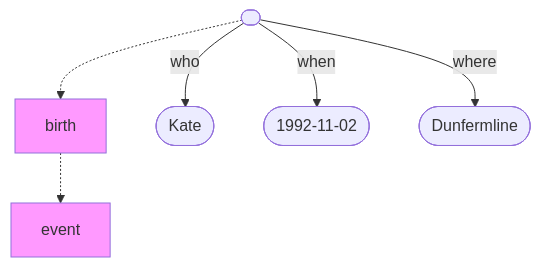
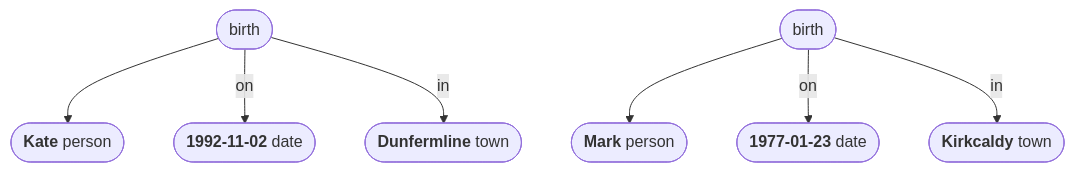
One commit to conmaol/maglocunus changed the second of 9 diagrams in d/data.md. Above: the diagram before and after it, drawn with Mermaid. The commit also changed other lines of this file, not shown here.

First line of the commit message:
Refactor mermaid diagrams and enhance descriptions

````diff
--- a/d/data.md
+++ b/d/data.md
@@ -26,15 +28,17 @@
 ```mermaid
 flowchart TD
-    e[event]:::type
-    f[birth]:::type
-    f -.-> e
-    a -.-> f
-    a([ ])
-    b([Kate])
-    c([1992-11-02])
-    d([Dunfermline])
-    a -- who --> b
-    a -- when --> c
-    a -- where --> d
-    classDef type fill:#f9f;
+    a([birth])
+    b(["`**Kate** person`"])
+    c(["`**1992-11-02** date`"])
+    d(["`**Dunfermline** town`"])
+    a --> b
+    a -- on --> c
+    a -- in --> d
+    aa([birth])
+    bb(["`**Mark** person`"])
+    cc(["`**1977-01-23** date`"])
+    dd(["`**Kirkcaldy** town`"])
+    aa --> bb
+    aa -- on --> cc
+    aa -- in --> dd
 ```
````
